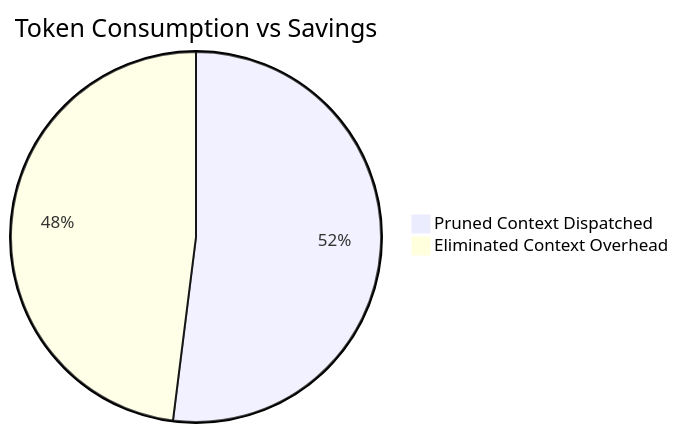
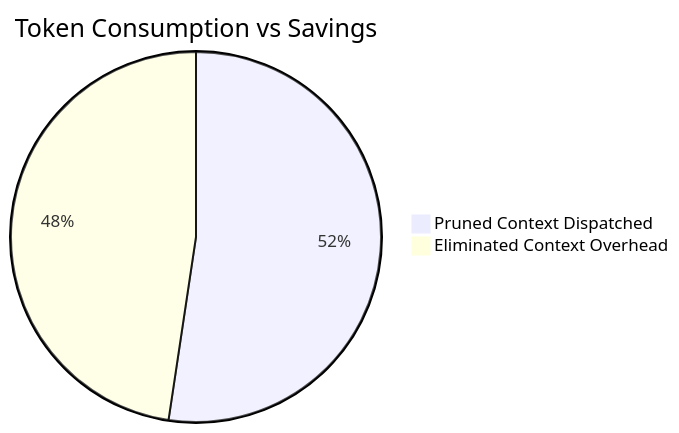
Before and after one commit to lakhwindersingh/nb_fairyfly: the diagram in workplace/docs/reports/token_savings_report.md, drawn with Mermaid. The commit also changed other lines of this file and 12 other files, not shown here.

````diff
--- a/workplace/docs/reports/token_savings_report.md
+++ b/workplace/docs/reports/token_savings_report.md
@@ -26,5 +26,5 @@
 ```mermaid
 pie title Token Consumption vs Savings
-    "Pruned Context Dispatched" : 433379
-    "Eliminated Context Overhead" : 400244
+    "Pruned Context Dispatched" : 474019
+    "Eliminated Context Overhead" : 431098
 ```
````
